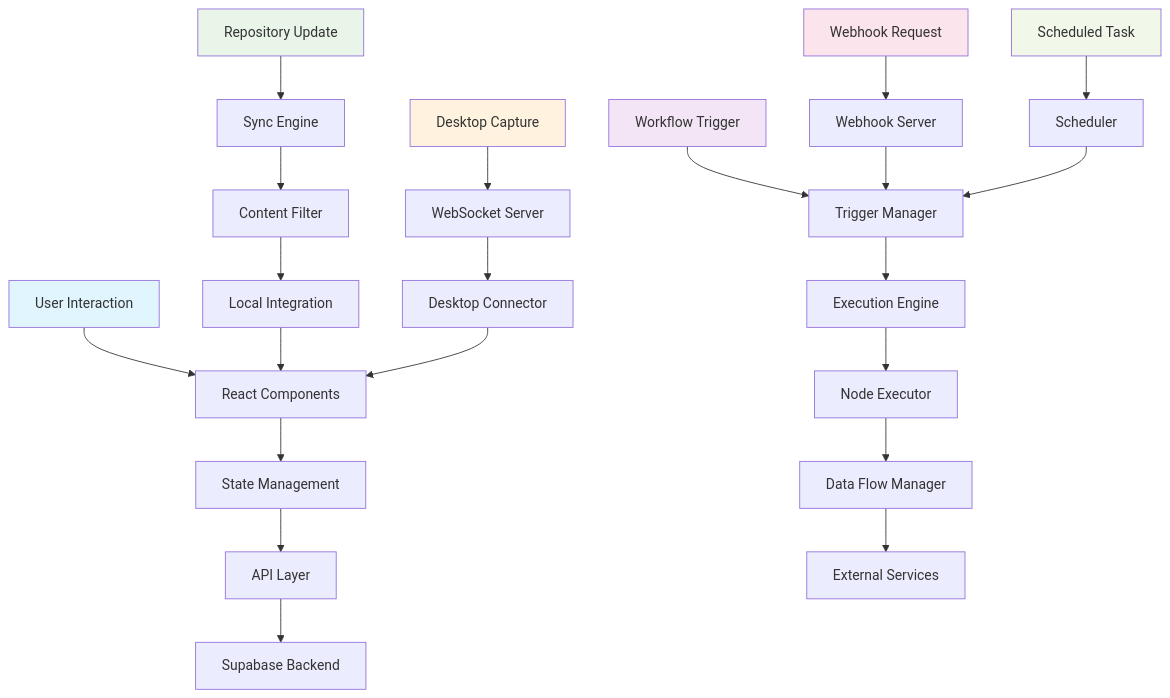
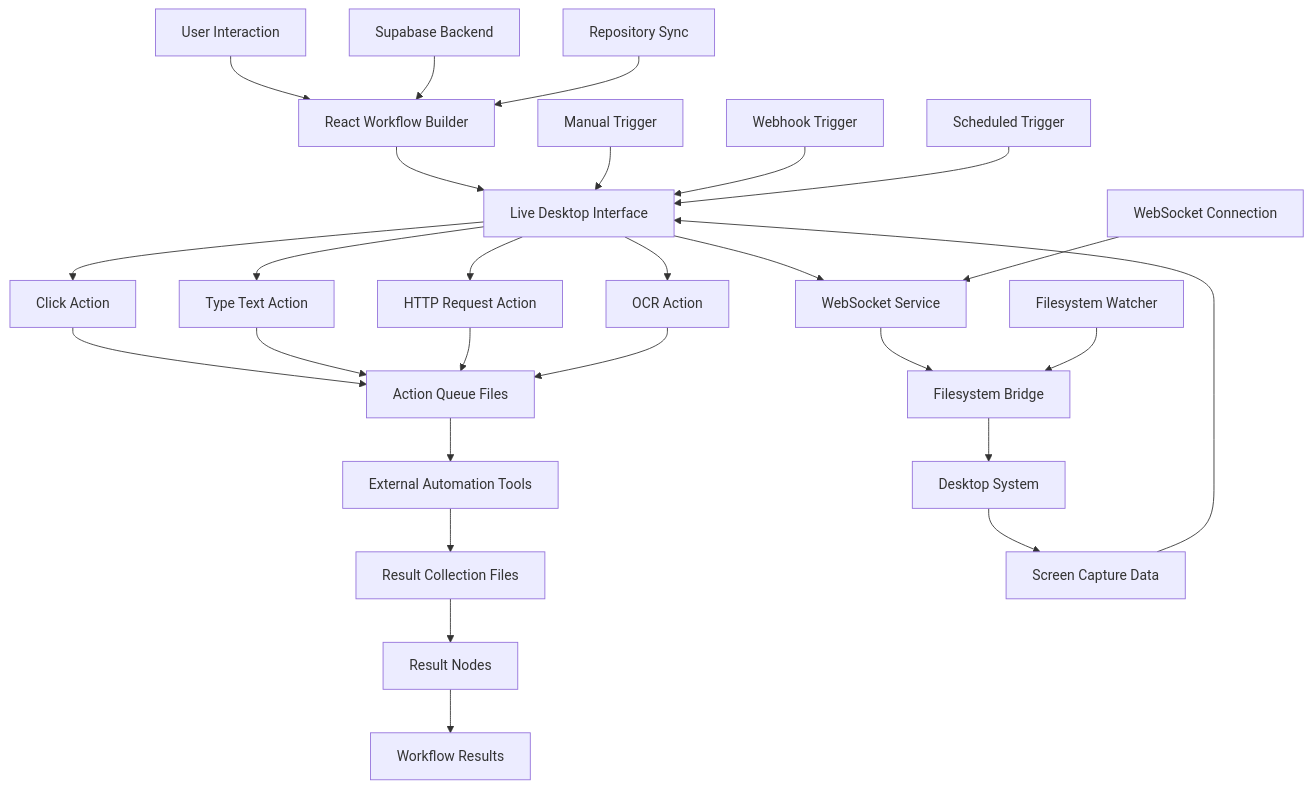
Before and after one commit to Flissel/Automation_ui: the eighth of 12 diagrams in docs/c4-diagrams.md, drawn with Mermaid. The commit also changed other lines of this file and 11 other files, not shown here.

First line of the commit message:
Fix: Update connection validator and node icons

````diff
--- a/docs/c4-diagrams.md
+++ b/docs/c4-diagrams.md
@@ -176,35 +259,36 @@
 ```mermaid
 flowchart TD
-    A[User Interaction] --> B[React Components]
-    B --> C[State Management]
-    C --> D[API Layer]
-    D --> E[Supabase Backend]
+    A[User Interaction] --> B[React Workflow Builder]
+    B --> C[Live Desktop Interface]
+    C --> D[WebSocket Service]
+    D --> E[Filesystem Bridge]
     
-    F[Workflow Trigger] --> G[Trigger Manager]
-    G --> H[Execution Engine]
-    H --> I[Node Executor]
-    I --> J[Data Flow Manager]
-    J --> K[External Services]
+    F[Manual Trigger] --> C
+    G[Webhook Trigger] --> C
+    H[Scheduled Trigger] --> C
     
-    L[Repository Update] --> M[Sync Engine]
-    M --> N[Content Filter]
-    N --> O[Local Integration]
-    O --> B
+    C --> I[Click Action]
+    C --> J[Type Text Action]
+    C --> K[HTTP Request Action]
+    C --> L[OCR Action]
     
-    P[Desktop Capture] --> Q[WebSocket Server]
-    Q --> R[Desktop Connector]
-    R --> B
+    I --> M[Action Queue Files]
+    J --> M
+    K --> M
+    L --> M
     
-    S[Webhook Request] --> T[Webhook Server]
-    T --> G
+    M --> N[External Automation Tools]
+    N --> O[Result Collection Files]
+    O --> P[Result Nodes]
+    P --> Q[Workflow Results]
     
-    U[Scheduled Task] --> V[Scheduler]
-    V --> G
+    E --> R[Desktop System]
+    R --> S[Screen Capture Data]
+    S --> C
     
-    style A fill:#e1f5fe
-    style F fill:#f3e5f5
-    style L fill:#e8f5e8
-    style P fill:#fff3e0
-    style S fill:#fce4ec
-    style U fill:#f1f8e9
+    T[WebSocket Connection] --> D
+    U[Filesystem Watcher] --> E
+    
+    V[Supabase Backend] --> B
+    W[Repository Sync] --> B
 ```
````
